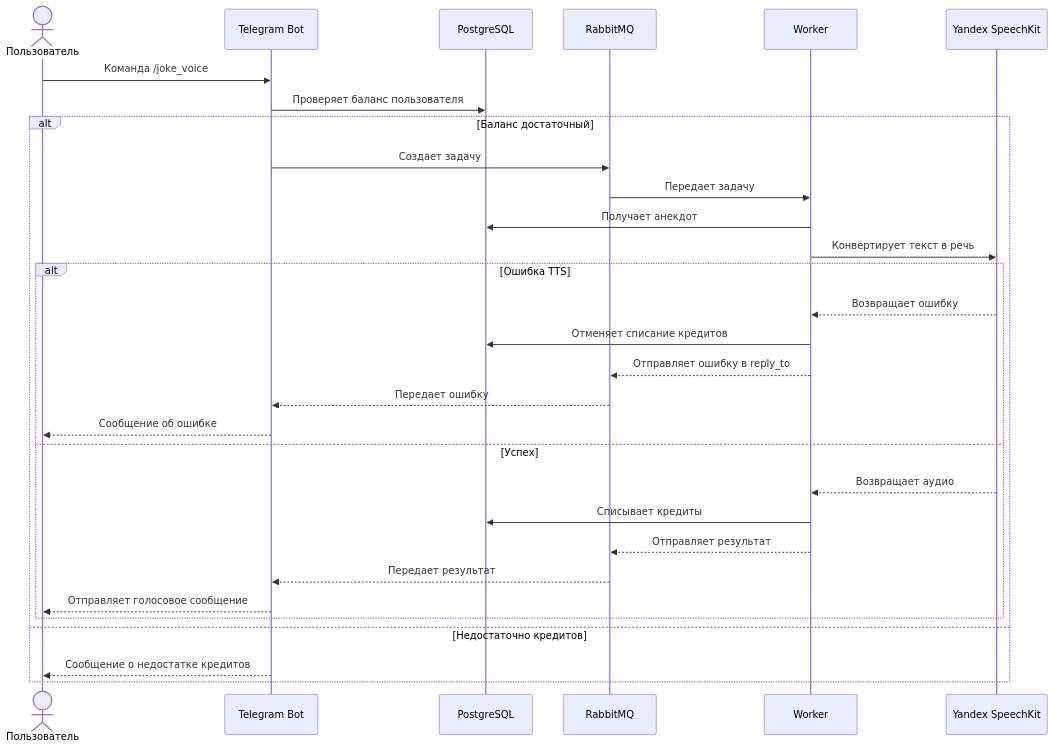
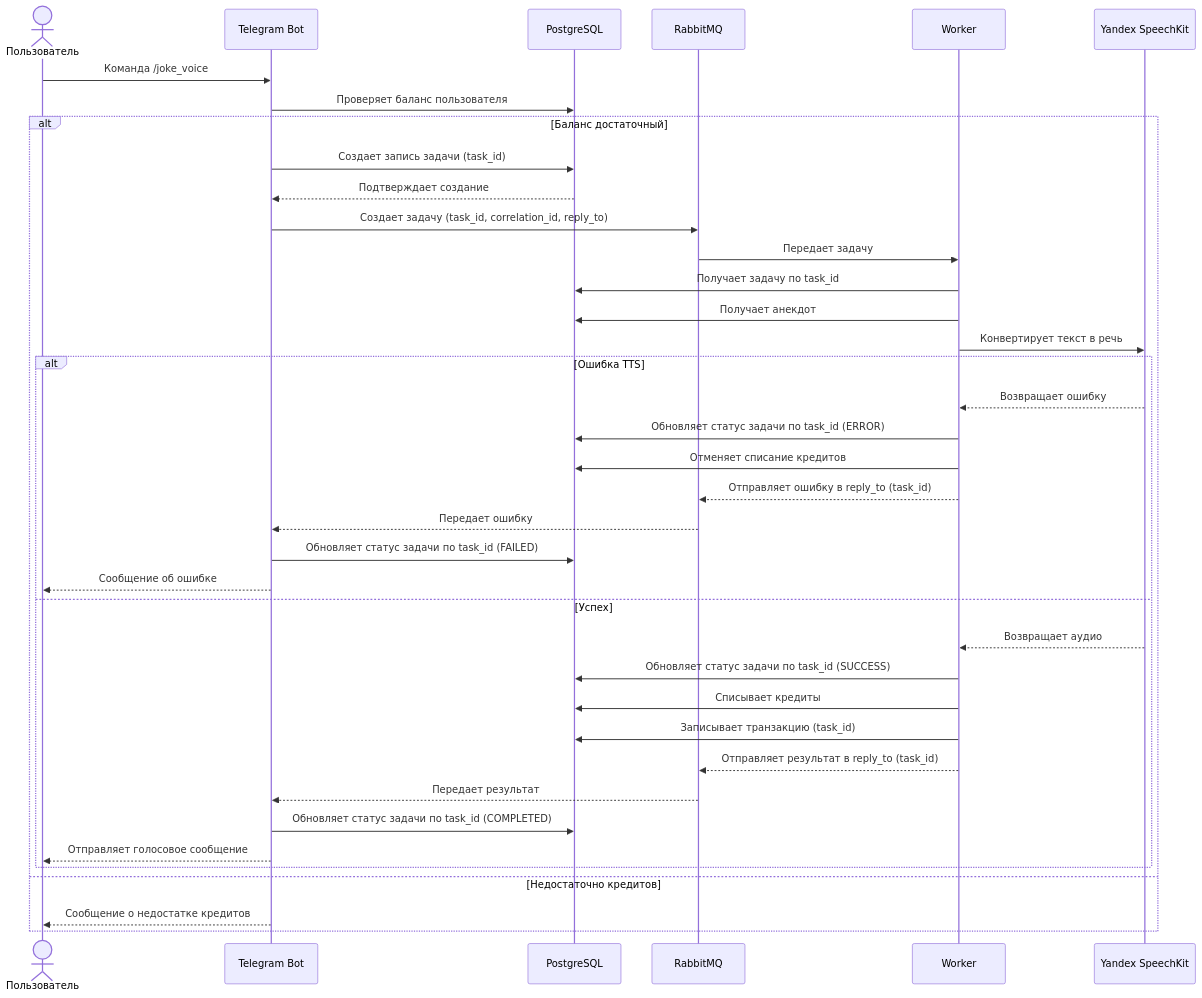
One commit to naumtsevalex/python_ml_billing_service changed the sixth of 6 diagrams in DETAILS.md. Above: the diagram before and after it, drawn with Mermaid. The commit also changed other lines of this file, not shown here.

````diff
--- a/DETAILS.md
+++ b/DETAILS.md
@@ -344,33 +354,41 @@
 ```mermaid
 sequenceDiagram
     actor User as Пользователь
     participant Bot as Telegram Bot
     participant DB as PostgreSQL
     participant RabbitMQ as RabbitMQ
     participant Worker as Worker
     participant TTS as Yandex SpeechKit
 
     User->>Bot: Команда /joke_voice
     Bot->>DB: Проверяет баланс пользователя
     alt Баланс достаточный
-        Bot->>RabbitMQ: Создает задачу
+        Bot->>DB: Создает запись задачи (task_id)
+        DB-->>Bot: Подтверждает создание
+        Bot->>RabbitMQ: Создает задачу (task_id, correlation_id, reply_to)
         RabbitMQ->>Worker: Передает задачу
+        Worker->>DB: Получает задачу по task_id
         Worker->>DB: Получает анекдот
         Worker->>TTS: Конвертирует текст в речь
         alt Ошибка TTS
             TTS-->>Worker: Возвращает ошибку
+            Worker->>DB: Обновляет статус задачи по task_id (ERROR)
             Worker->>DB: Отменяет списание кредитов
-            Worker-->>RabbitMQ: Отправляет ошибку в reply_to
+            Worker-->>RabbitMQ: Отправляет ошибку в reply_to (task_id)
             RabbitMQ-->>Bot: Передает ошибку
+            Bot->>DB: Обновляет статус задачи по task_id (FAILED)
             Bot-->>User: Сообщение об ошибке
         else Успех
             TTS-->>Worker: Возвращает аудио
+            Worker->>DB: Обновляет статус задачи по task_id (SUCCESS)
             Worker->>DB: Списывает кредиты
-            Worker-->>RabbitMQ: Отправляет результат
+            Worker->>DB: Записывает транзакцию (task_id)
+            Worker-->>RabbitMQ: Отправляет результат в reply_to (task_id)
             RabbitMQ-->>Bot: Передает результат
+            Bot->>DB: Обновляет статус задачи по task_id (COMPLETED)
             Bot-->>User: Отправляет голосовое сообщение
         end
     else Недостаточно кредитов
         Bot-->>User: Сообщение о недостатке кредитов
     end
 ```
````
